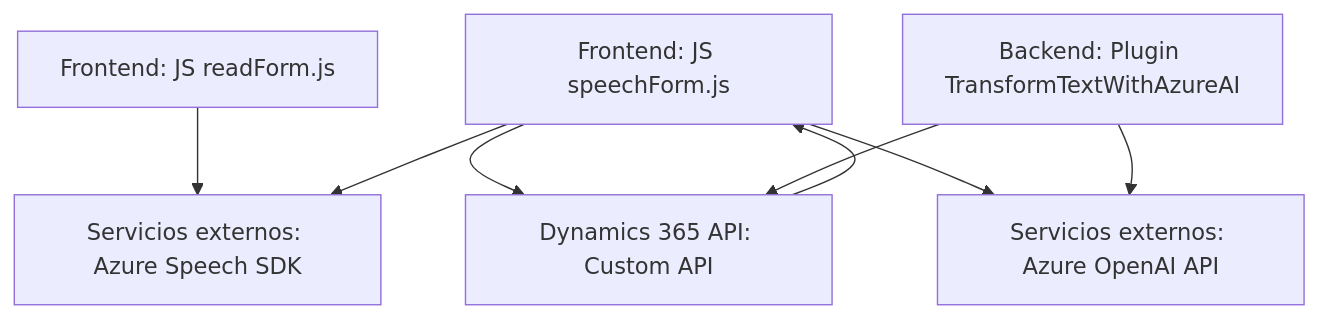
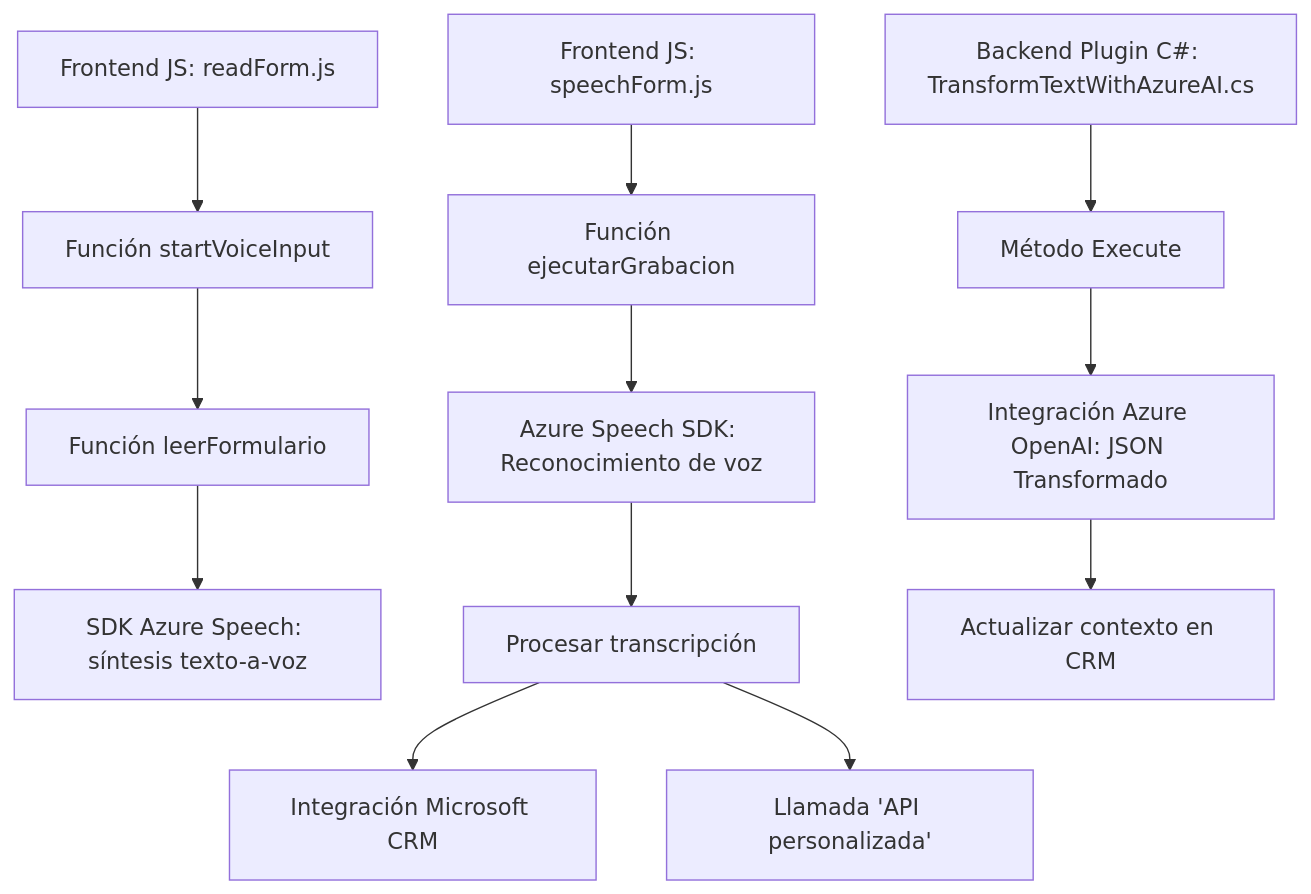
The diagram in README.md (blopezdm/NETCORE_BILBAO2025), drawn with Mermaid before and after one commit. The commit also changed other lines of this file, not shown here.

Commit message:
Actualizar análisis global de la solución con IA

````diff
--- a/README.md
+++ b/README.md
@@ -30,17 +19,16 @@
 ```mermaid
 graph TD
-    A["Frontend: JS readForm.js"]
-    B["Frontend: JS speechForm.js"]
-    C["Backend: Plugin TransformTextWithAzureAI"]
-    D["Servicios externos: Azure Speech SDK"]
-    E["Servicios externos: Azure OpenAI API"]
-    F["Dynamics 365 API: Custom API"]
-    
-    A --> D
-    B --> D
-    B --> F
-    B --> E
-    C --> E
-    C --> F
-    F --> B
+    A["Frontend JS: readForm.js"] --> B["Función startVoiceInput"]
+    B --> C["Función leerFormulario"]
+    C --> D["SDK Azure Speech: síntesis texto-a-voz"]
+
+    A2["Frontend JS: speechForm.js"] --> E["Función ejecutarGrabacion"]
+    E --> F["Azure Speech SDK: Reconocimiento de voz"]
+    F --> G["Procesar transcripción"]
+    G --> H["Integración Microsoft CRM"]
+    G --> I["Llamada 'API personalizada'"]
+
+    K["Backend Plugin C#: TransformTextWithAzureAI.cs"] --> L["Método Execute"]
+    L --> M["Integración Azure OpenAI: JSON Transformado"]
+    M --> N["Actualizar contexto en CRM"]
 ```
````
